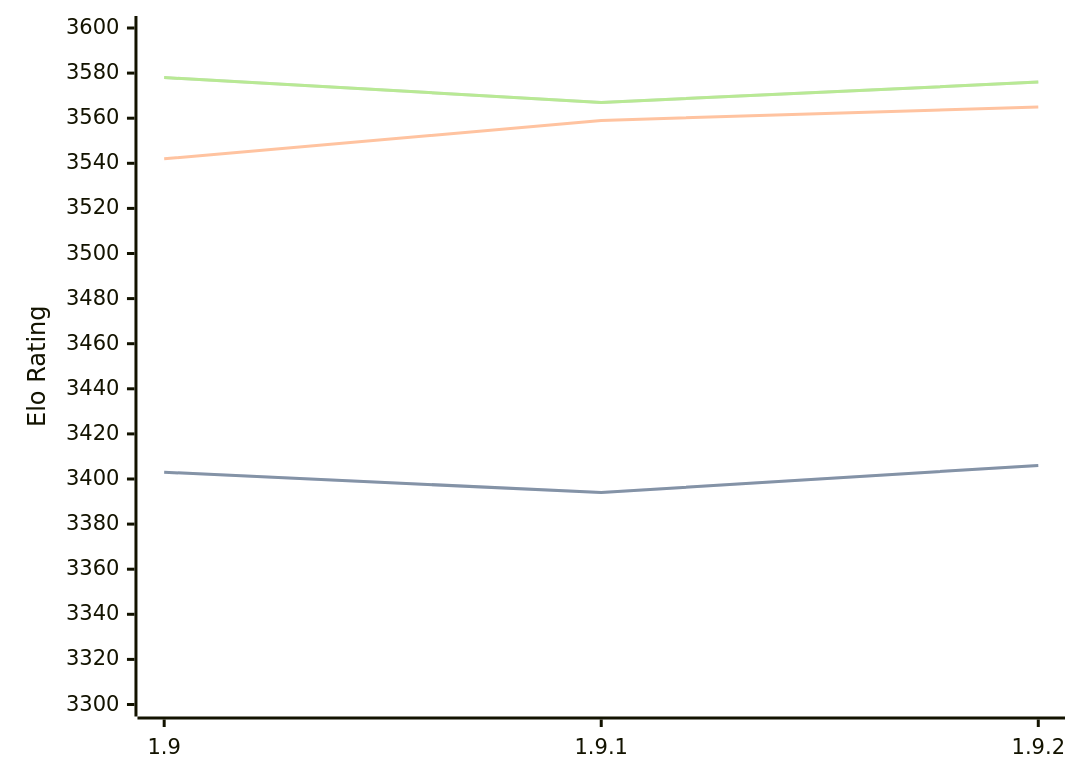
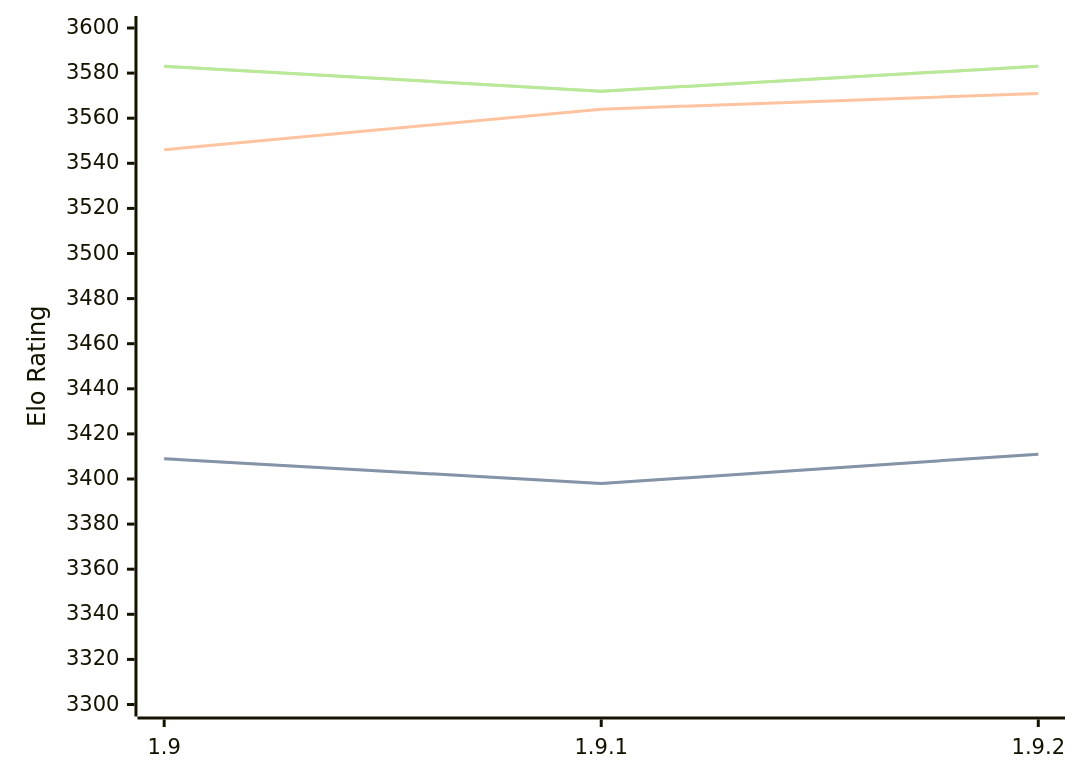
One commit to computer-chess-index/cci changed the diagram in engines/Pawnocchio.md. Above: the diagram before and after it, drawn with Mermaid. The commit also changed other lines of this file, not shown here.

Commit message:
Update CCI Ratings (ELO VLTC) - 2026-04-14

````diff
--- a/engines/Pawnocchio.md
+++ b/engines/Pawnocchio.md
@@ -48,11 +48,11 @@
 ```mermaid
 %%{init: {"theme":"base","themeVariables":{"seriesColors:['#a3a3a3','#222221','#faa371']}}}%%
 xychart-beta
   x-axis ["1.9", "1.9.1", "1.9.2"]
   y-axis "Elo Rating" 3300 --> 3600
-  line "STC (8.0+0.08s)" [3403, 3394, 3406]
-  line "STC (8.0+0.08s)" [3403, 3394, 3406]
-  line "LTC (60.0+0.60s)" [3542, 3559, 3565]
-  line "VLTC (2m24s+1.12s)" [3578, 3567, 3576]
-  line "VLTC (2m24s+1.12s)" [3578, 3567, 3576]
+  line "STC (8.0+0.08s)" [3409, 3398, 3411]
+  line "STC (8.0+0.08s)" [3409, 3398, 3411]
+  line "LTC (60.0+0.60s)" [3546, 3564, 3571]
+  line "VLTC (2m24s+1.12s)" [3583, 3572, 3583]
+  line "VLTC (2m24s+1.12s)" [3583, 3572, 3583]
 ```
````
